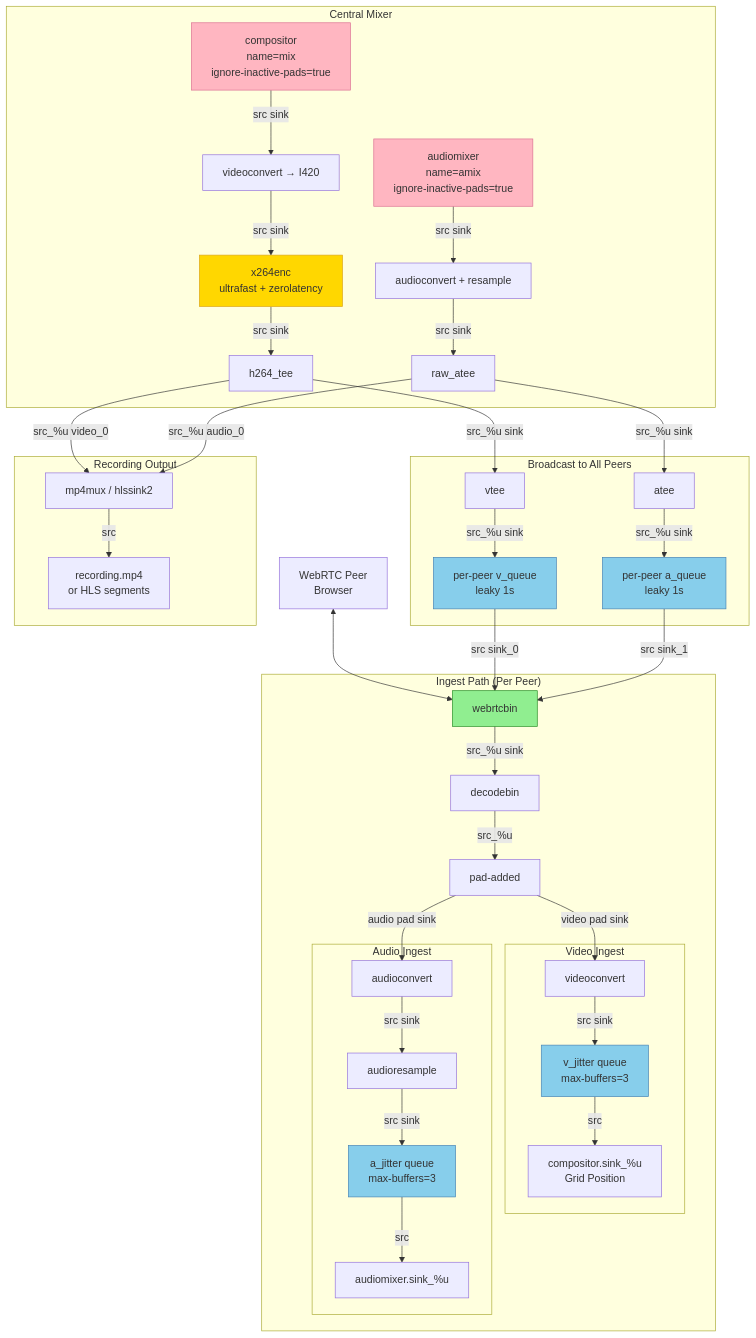
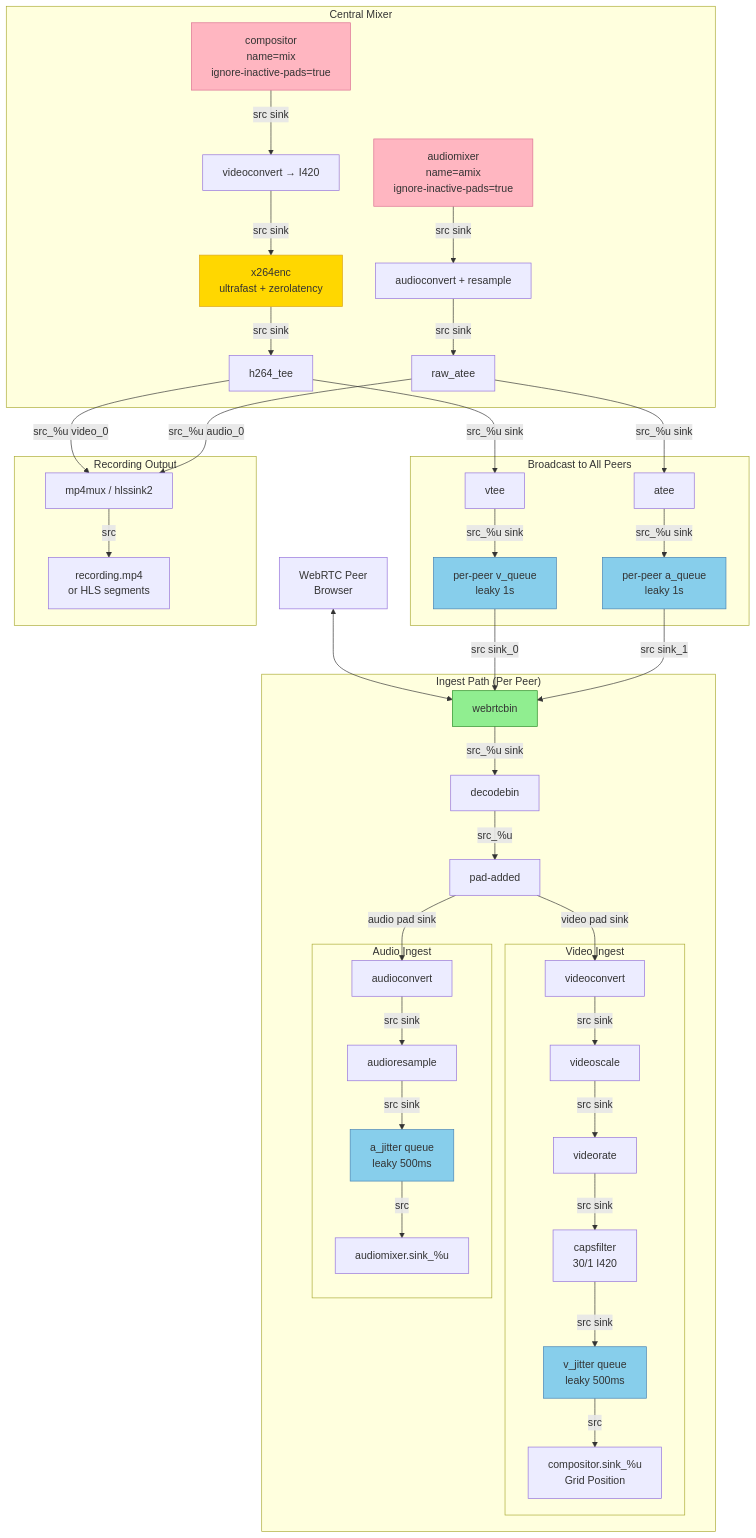
One commit to zencrypted/rtp changed the second of 2 diagrams in GST.md. Above: the diagram before and after it, drawn with Mermaid. The commit also changed other lines of this file, not shown here.

````diff
--- a/GST.md
+++ b/GST.md
@@ -77,58 +78,61 @@
 ```mermaid
 flowchart TD
     %% External Peers
     Peer[WebRTC Peer\nBrowser] <--> WB[webrtcbin]
 
     %% Ingest Path (Per Peer)
     subgraph Ingest ["Ingest Path (Per Peer)"]
         WB -->|src_%u   sink| DB[decodebin]
         DB -->|src_%u| PAD[pad-added]
         PAD -->|video pad   sink| VC
         PAD -->|audio pad   sink| AC
         subgraph VideoIngest [Video Ingest]
-            VC[videoconvert] -->|src   sink| JQ[v_jitter queue<br>max-buffers=3]
+            VC[videoconvert] -->|src   sink| VS[videoscale]
+            VS -->|src   sink| VR[videorate]
+            VR -->|src   sink| VCAPS[capsfilter<br>30/1 I420]
+            VCAPS -->|src   sink| JQ[v_jitter queue<br>leaky 500ms]
             JQ -->|src| COMP_SINK[compositor.sink_%u<br>Grid Position]
         end
         subgraph AudioIngest [Audio Ingest]
             AC[audioconvert] -->|src   sink| AR[audioresample]
-            AR -->|src   sink| AJQ[a_jitter queue<br>max-buffers=3]
+            AR -->|src   sink| AJQ[a_jitter queue<br>leaky 500ms]
             AJQ -->|src| AMIX_SINK[audiomixer.sink_%u]
         end
     end
 
     %% Central Mixing
     subgraph Mixer ["Central Mixer"]
         COMP[compositor<br>name=mix<br>ignore-inactive-pads=true] -->|src   sink| VCONV[videoconvert → I420]
         VCONV -->|src   sink| ENC[x264enc<br>ultrafast + zerolatency]
         ENC -->|src   sink| HTEE[h264_tee]
         AMIX[audiomixer<br>name=amix<br>ignore-inactive-pads=true] -->|src   sink| ACONV[audioconvert + resample]
         ACONV -->|src   sink| RAW_A[raw_atee]
     end
 
     %% Broadcast Distribution
     subgraph Broadcast ["Broadcast to All Peers"]
         HTEE -->|src_%u   sink| VTEE[vtee]
         VTEE -->|src_%u   sink| VQ[per-peer v_queue<br>leaky 1s]
         VQ -->|src   sink_0| WB
         RAW_A -->|src_%u   sink| ATEE[atee]
         ATEE -->|src_%u   sink| AQ[per-peer a_queue<br>leaky 1s]
         AQ -->|src   sink_1| WB
     end
 
     %% Recording
     subgraph Recording ["Recording Output"]
         HTEE -->|src_%u   video_0| MUX[mp4mux / hlssink2]
         RAW_A -->|src_%u   audio_0| MUX
         MUX -->|src| OUT[recording.mp4<br>or HLS segments]
     end
 
     classDef webrtc fill:#90EE90,stroke:#228B22
     classDef mixer fill:#FFB6C1,stroke:#DB7093
     classDef queue fill:#87CEEB,stroke:#4682B4
     classDef encoder fill:#FFD700,stroke:#DAA520
 
     class WB webrtc
     class COMP,AMIX mixer
     class JQ,AJQ,VQ,AQ queue
     class ENC encoder
 ```
````
